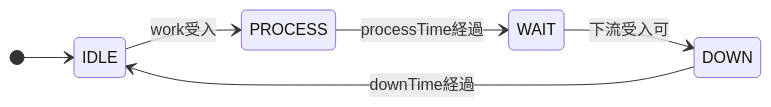
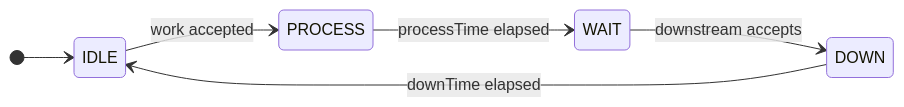
The diagram in docs/research.md (suzuking001/fact_sim), drawn with Mermaid before and after one commit. The commit also changed other lines of this file and 1 other file, not shown here.

````diff
--- a/docs/research.md
+++ b/docs/research.md
@@ -95,9 +95,9 @@
 ```mermaid
 stateDiagram-v2
   direction LR
   [*] --> IDLE
-  IDLE --> PROCESS: work受入
-  PROCESS --> WAIT: processTime経過
-  WAIT --> DOWN: 下流受入可
-  DOWN --> IDLE: downTime経過
+  IDLE --> PROCESS: work accepted
+  PROCESS --> WAIT: processTime elapsed
+  WAIT --> DOWN: downstream accepts
+  DOWN --> IDLE: downTime elapsed
 ```
````
